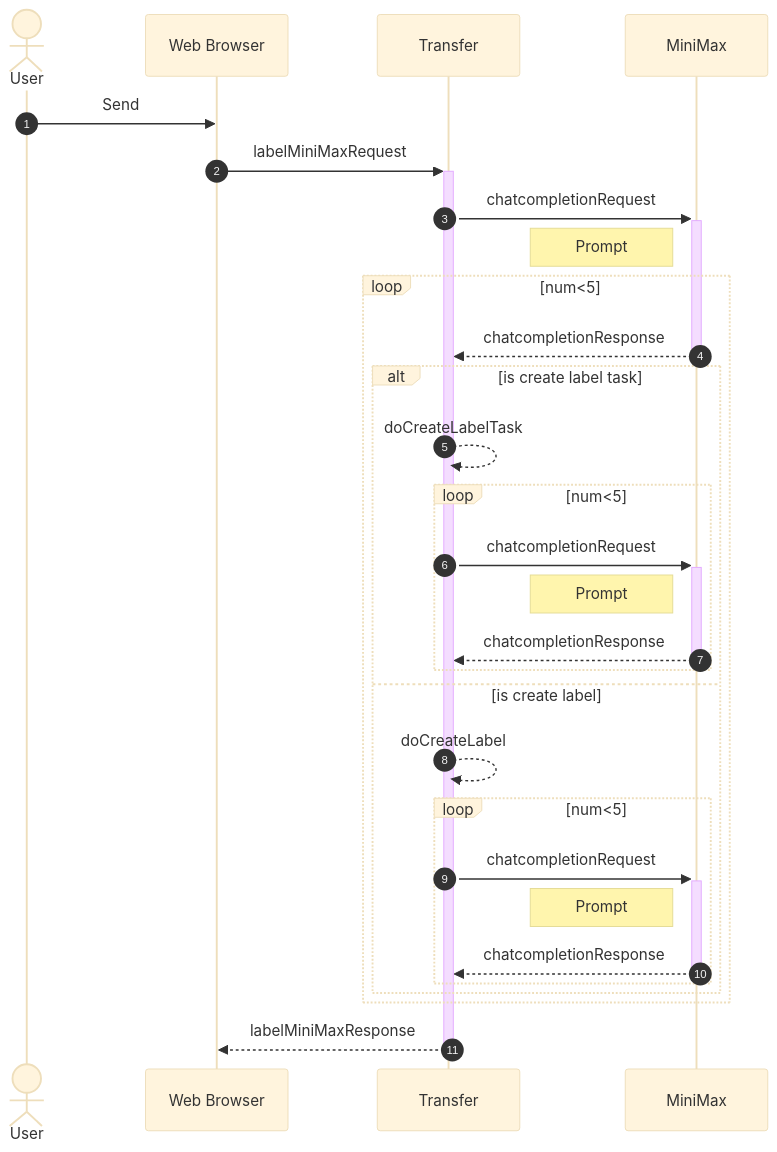
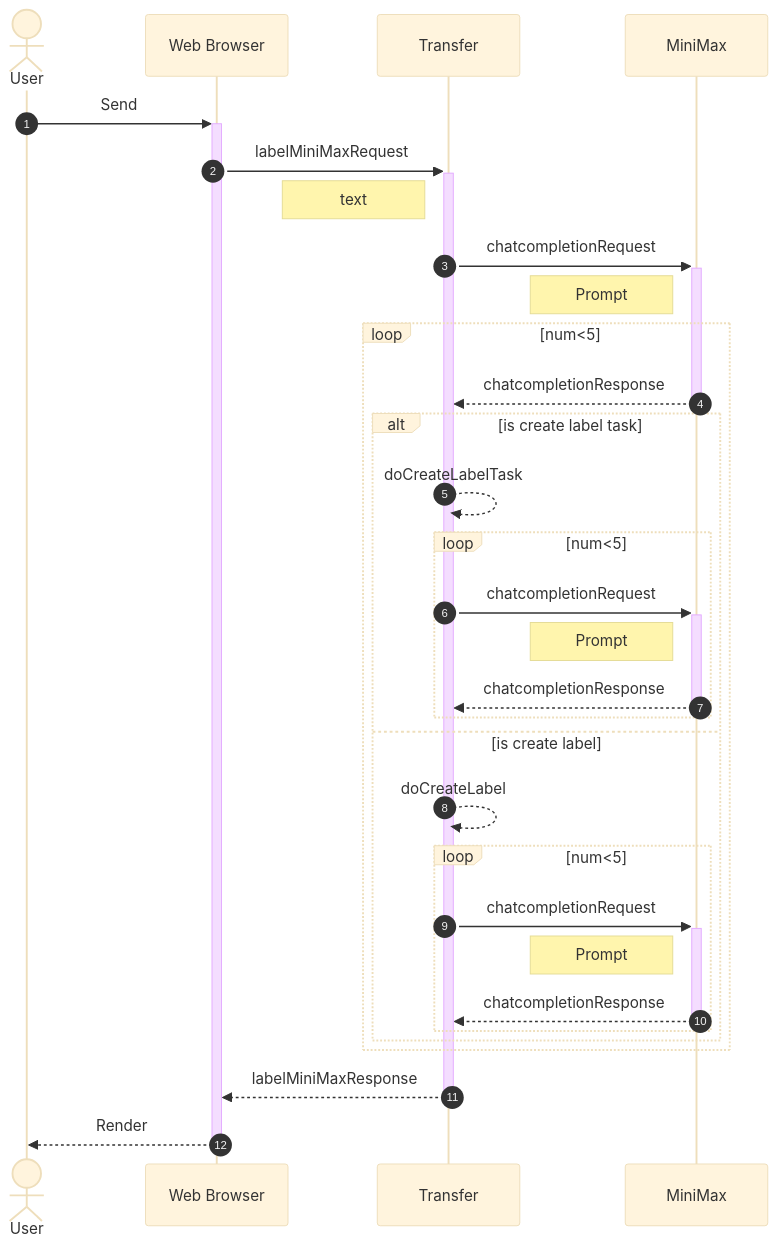
One commit to stefanieliang/wiki changed the diagram in Artificial Intelligence/labelchat 时序图.md. Above: the diagram before and after it, drawn with Mermaid (base theme). The commit also changed other lines of this file and 5 other files, not shown here.

````diff
--- a/Artificial Intelligence/labelchat 时序图.md
+++ b/Artificial Intelligence/labelchat 时序图.md
@@ -3,32 +3,34 @@
 ```mermaid
 sequenceDiagram
 	autonumber
 	actor User	
     participant web as Web Browser
     participant Transfer
     participant MiniMax
     
-    User->>web: Send
+    User->>+web: Send
     web->>+Transfer: labelMiniMaxRequest
+    Note left of Transfer: text
     Transfer->>+MiniMax: chatcompletionRequest
     Note left of MiniMax: Prompt
     loop num<5
     	MiniMax-->>-Transfer: chatcompletionResponse
         alt is create label task
         	Transfer-->>Transfer: doCreateLabelTask
         	loop num<5
                 Transfer->>+MiniMax: chatcompletionRequest                
     			Note left of MiniMax: Prompt
                 MiniMax-->>-Transfer: chatcompletionResponse
             end
         else is create label
             Transfer-->>Transfer: doCreateLabel
             loop num<5
             	Transfer->>+MiniMax: chatcompletionRequest            	
     			Note left of MiniMax: Prompt
             	MiniMax-->>-Transfer: chatcompletionResponse
             end
         end
       end
       Transfer-->>-web: labelMiniMaxResponse
+      web-->>-User: Render
 ```
````
